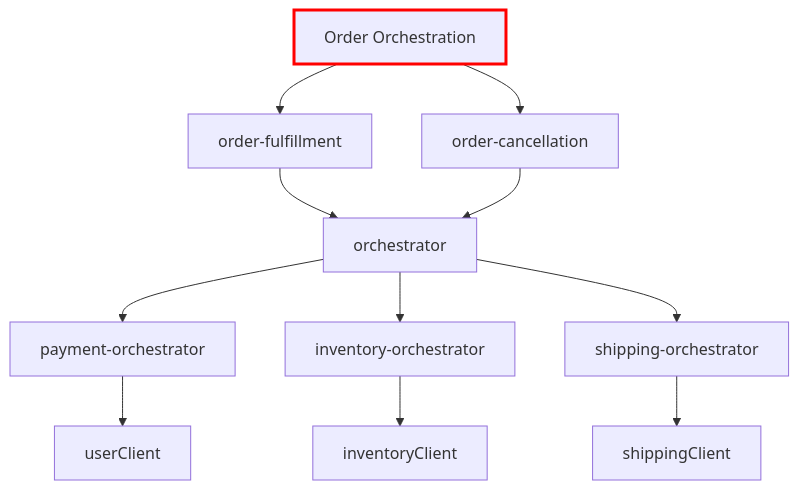
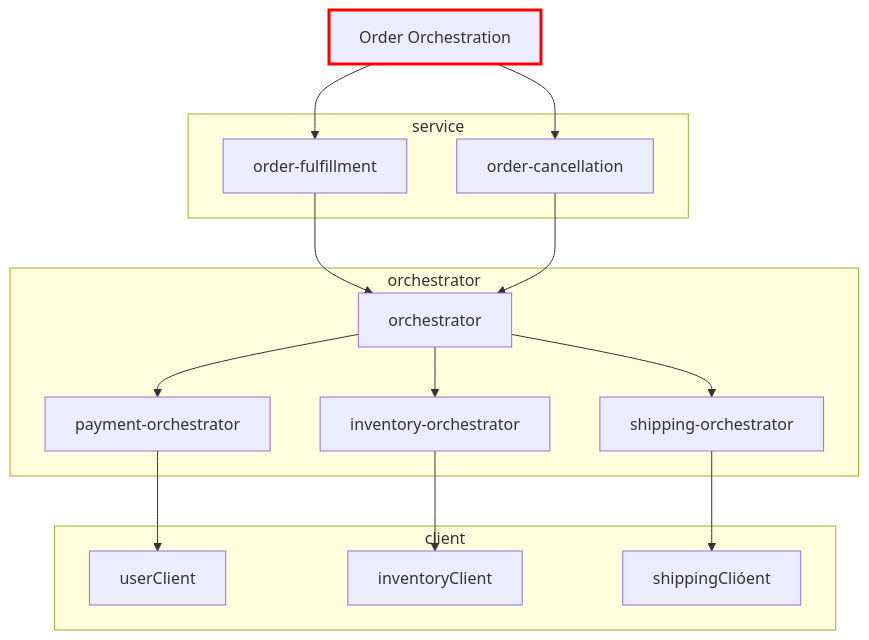
Before and after one commit to marwhals/reactive-design-patterns: the second of 2 diagrams in reactive_design_patterns/orchestrator_parallel/orchestrator_pattern_notes.md, drawn with Mermaid. The commit also changed 3 other files, not shown here.

````diff
--- a/reactive_design_patterns/orchestrator_parallel/orchestrator_pattern_notes.md
+++ b/reactive_design_patterns/orchestrator_parallel/orchestrator_pattern_notes.md
@@ -48,28 +48,35 @@
 ```mermaid
 graph TD
+    A[Order Orchestration]
 
-    A[Order Orchestration]
-    B[order-fulfillment]
-    C[order-cancellation]
-    D[orchestrator]
-    E[payment-orchestrator]
-    F[inventory-orchestrator]
-    G[shipping-orchestrator]
-    H[userClient]
-    I[inventoryClient]
-    J[shippingClient]
+    subgraph service
+        B[order-fulfillment]
+        C[order-cancellation]
+    end
+
+    subgraph orchestrator
+        D[orchestrator]
+        E[payment-orchestrator]
+        F[inventory-orchestrator]
+        G[shipping-orchestrator]
+    end
+
+    subgraph client
+        H[userClient]
+        I[inventoryClient]
+        J[shippingClióent]
+    end
 
     A --> B
     A --> C
     B --> D
     C --> D
     D --> E --> H
     D --> F --> I
     D --> G --> J
-
 %% Define styles
-classDef highlight stroke:#ff0000,stroke-width:3px;
-class A highlight;
+    classDef highlight stroke: #ff0000, stroke-width: 3px;
+    class A highlight;
 
 
 ```
````
